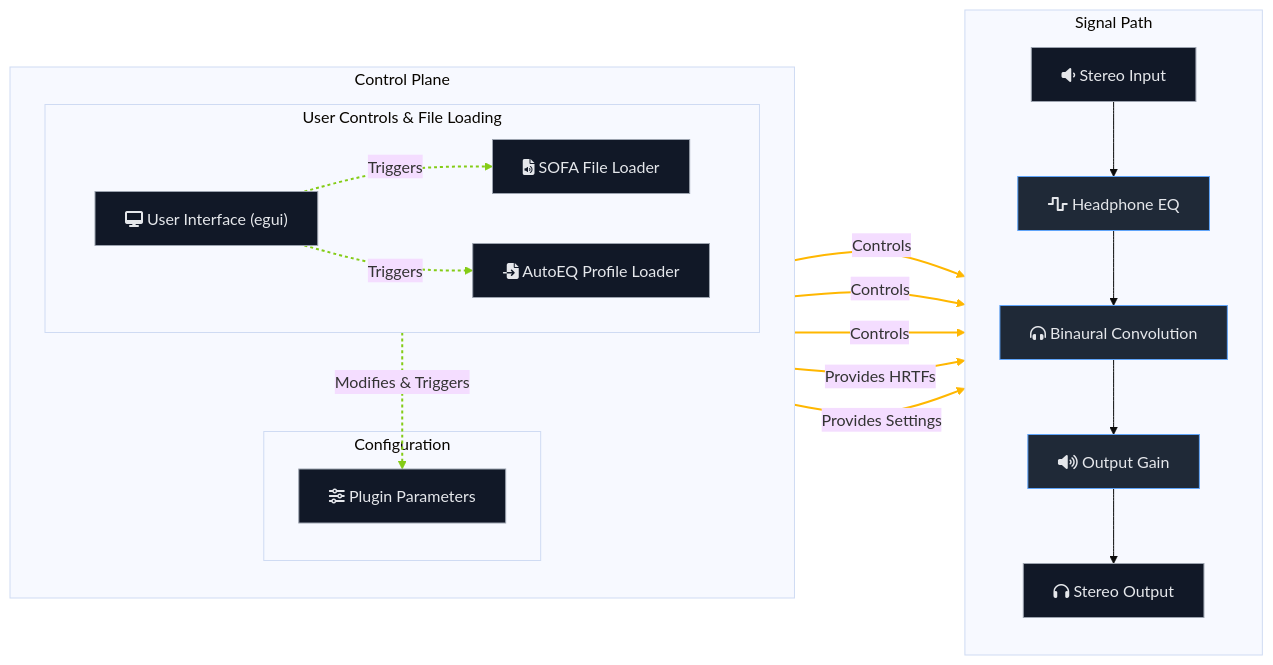
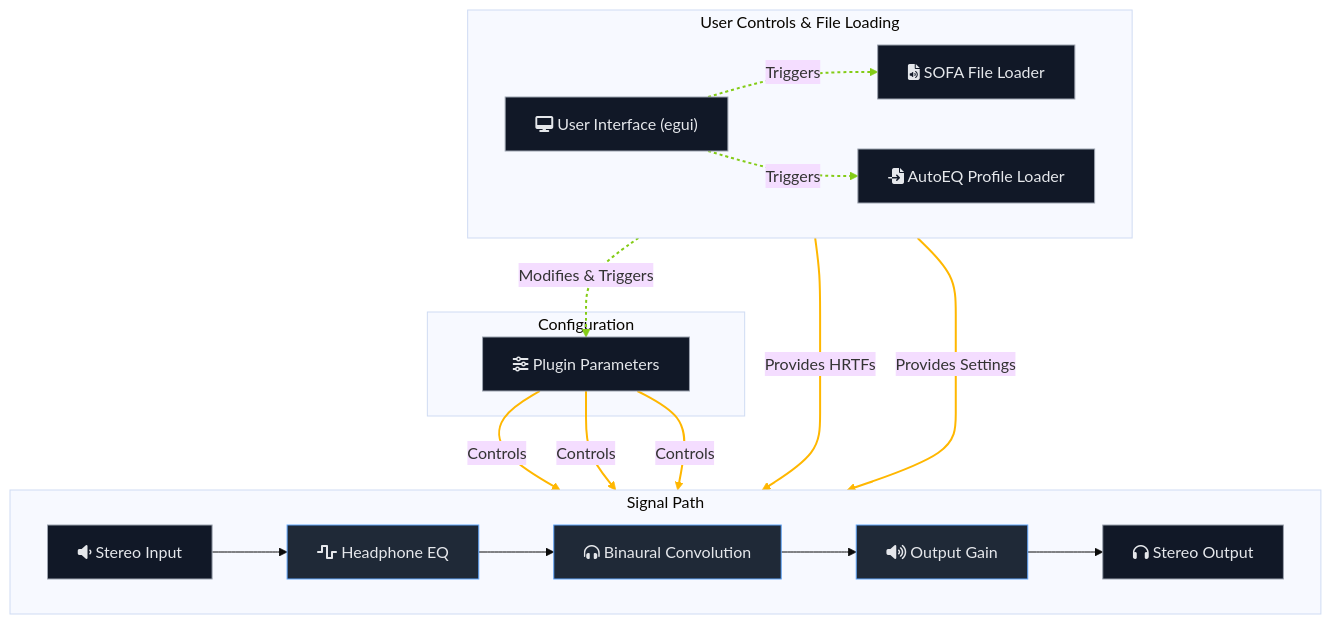
The diagram in README.md (KiloHertzian/Open-Headstage), drawn with Mermaid (base theme) before and after one commit.

Commit message:
revert(docs): Restore top-down diagram layout
Reverts the diagram in README.md to the previous top-down (TD) orientation. The left-to-right (LR) layout was not preferred.

````diff
--- a/README.md
+++ b/README.md
@@ -39,48 +39,44 @@
 ```mermaid
-graph LR
+graph TD
     %% ---- Control Plane ----
-    subgraph "Control Plane"
-        direction TB
-        
-        subgraph "User Controls & File Loading"
-            direction LR
-            UI["fa:fa-desktop User Interface (egui)"]
-            SofaLoader["fa:fa-file-audio SOFA File Loader"]
-            AutoEqLoader["fa:fa-file-import AutoEQ Profile Loader"]
-        end
+    subgraph "User Controls & File Loading"
+        direction LR
+        UI["fa:fa-desktop User Interface (egui)"]
+        SofaLoader["fa:fa-file-audio SOFA File Loader"]
+        AutoEqLoader["fa:fa-file-import AutoEQ Profile Loader"]
+    end
 
-        subgraph "Configuration"
-            Params["fa:fa-sliders-h Plugin Parameters"]
-        end
+    subgraph "Configuration"
+        Params["fa:fa-sliders-h Plugin Parameters"]
+    end
 
-        UI -- "Modifies & Triggers" --> Params
-        UI -- "Triggers" --> SofaLoader
-        UI -- "Triggers" --> AutoEqLoader
-    end
+    UI -- "Modifies & Triggers" --> Params
+    UI -- "Triggers" --> SofaLoader
+    UI -- "Triggers" --> AutoEqLoader
 
     %% ---- Real-time Audio Signal Path ----
     subgraph "Signal Path"
-        direction TB
+        direction LR
         Input["fa:fa-volume-down Stereo Input"] --> EQ["fa:fa-wave-square Headphone EQ"] --> Conv["fa:fa-headphones-alt Binaural Convolution"] --> Gain["fa:fa-volume-up Output Gain"] --> Output["fa:fa-headphones Stereo Output"]
     end
 
     %% ---- Control Connections to Signal Path ----
     Params -- "Controls" --> EQ
     Params -- "Controls" --> Conv
     Params -- "Controls" --> Gain
     SofaLoader -- "Provides HRTFs" --> Conv
     AutoEqLoader -- "Provides Settings" --> EQ
 
     %% ---- Styling ----
     classDef dsp fill:#1f2937,stroke:#60a5fa,color:#e5e7eb
     classDef io fill:#111827,stroke:#9ca3af,color:#e5e7eb
     classDef control fill:#111827,stroke:#9ca3af,color:#e5e7eb
 
     class Input,Output io
     class EQ,Conv,Gain dsp
     class UI,Params,SofaLoader,AutoEqLoader control
 
     %% ---- Link Styling ----
     linkStyle 0,1,2 stroke:#84cc16,stroke-width:2px,stroke-dasharray: 3 3
     linkStyle 7,8,9,10,11 stroke:#ffb700,stroke-width:2px
 ```
````
